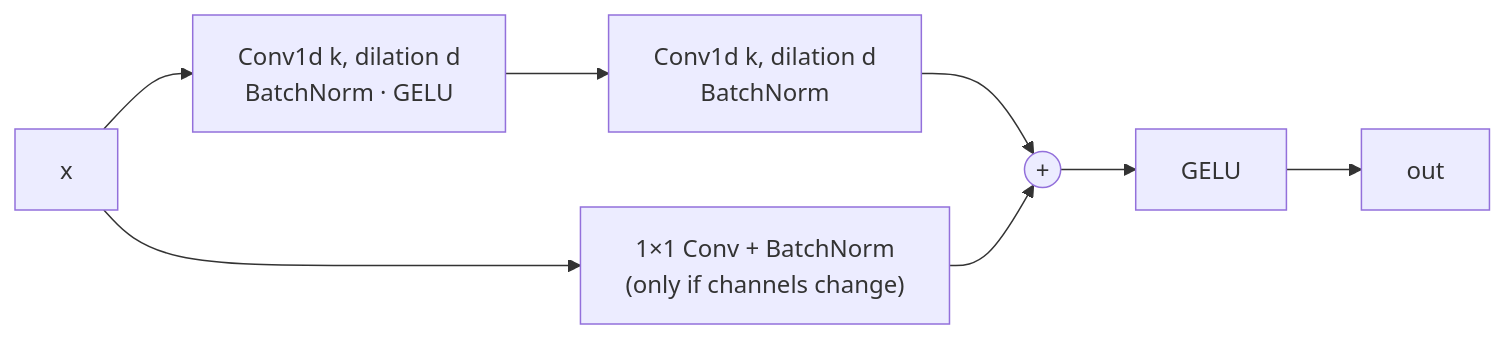
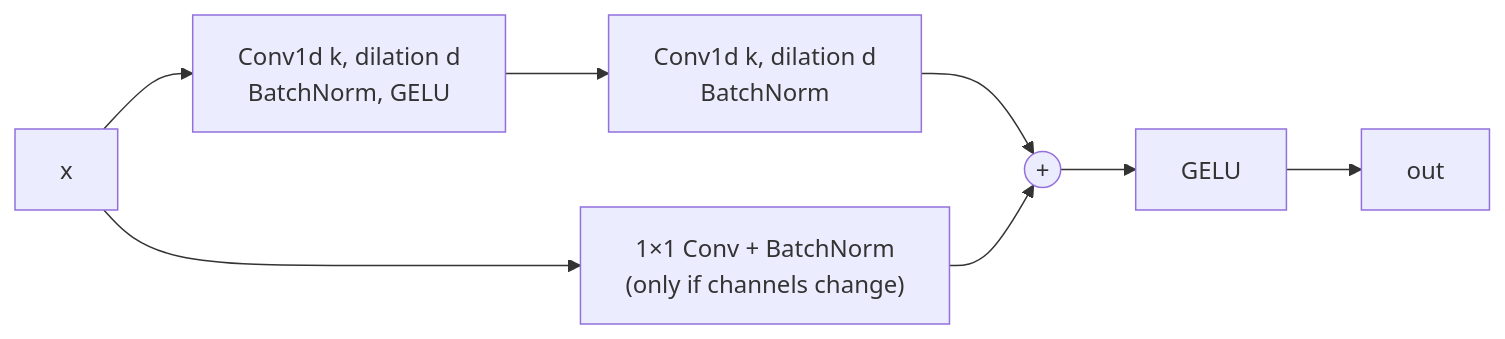
One commit to Chethan616/xai changed the third of 4 diagrams in docs/ARCHITECTURE.md. Above: the diagram before and after it, drawn with Mermaid. The commit also changed other lines of this file and 18 other files, not shown here.

Commit message:
Replace middle-dot separators with commas and pipes across docs, diagrams and GUI

````diff
--- a/docs/ARCHITECTURE.md
+++ b/docs/ARCHITECTURE.md
@@ -84,5 +84,5 @@
 ```mermaid
 flowchart LR
-    x["x"] --> c1["Conv1d k, dilation d<br/>BatchNorm · GELU"] --> c2["Conv1d k, dilation d<br/>BatchNorm"] --> add(("+")) --> g["GELU"] --> y["out"]
+    x["x"] --> c1["Conv1d k, dilation d<br/>BatchNorm, GELU"] --> c2["Conv1d k, dilation d<br/>BatchNorm"] --> add(("+")) --> g["GELU"] --> y["out"]
     x --> sk["1×1 Conv + BatchNorm<br/>(only if channels change)"] --> add
 ```
````
